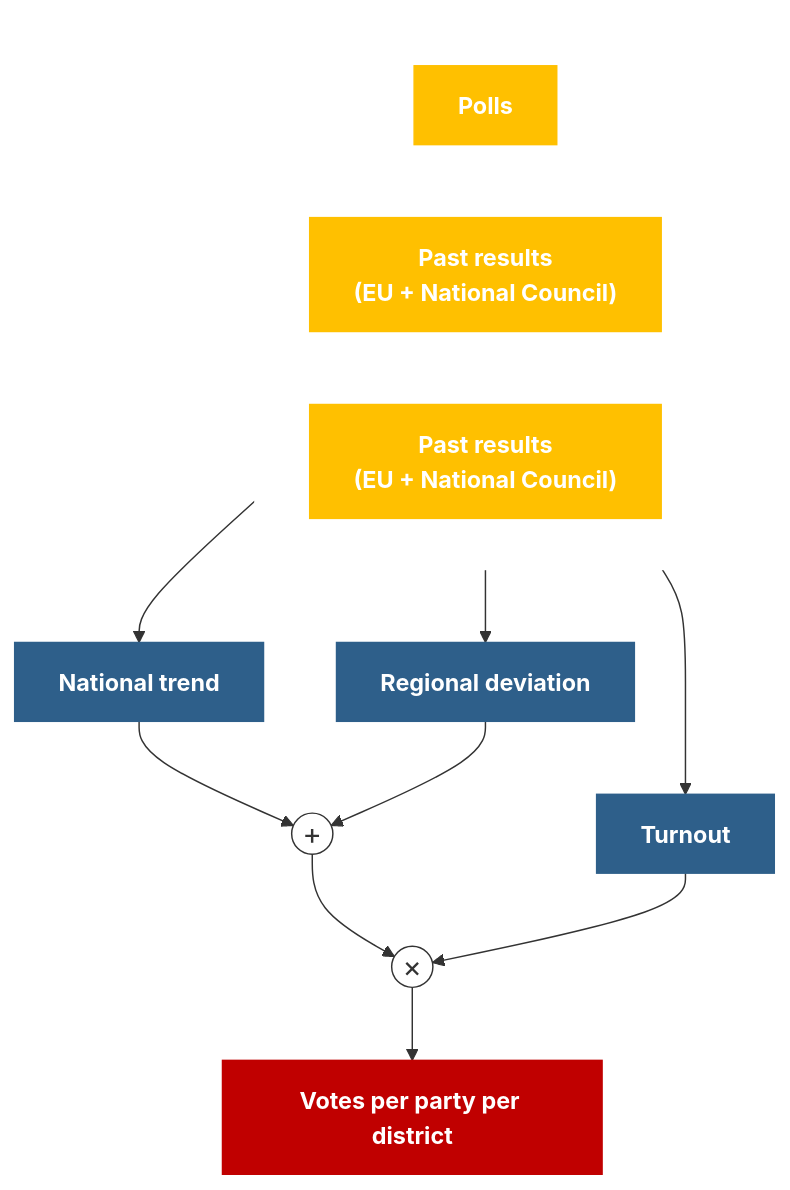
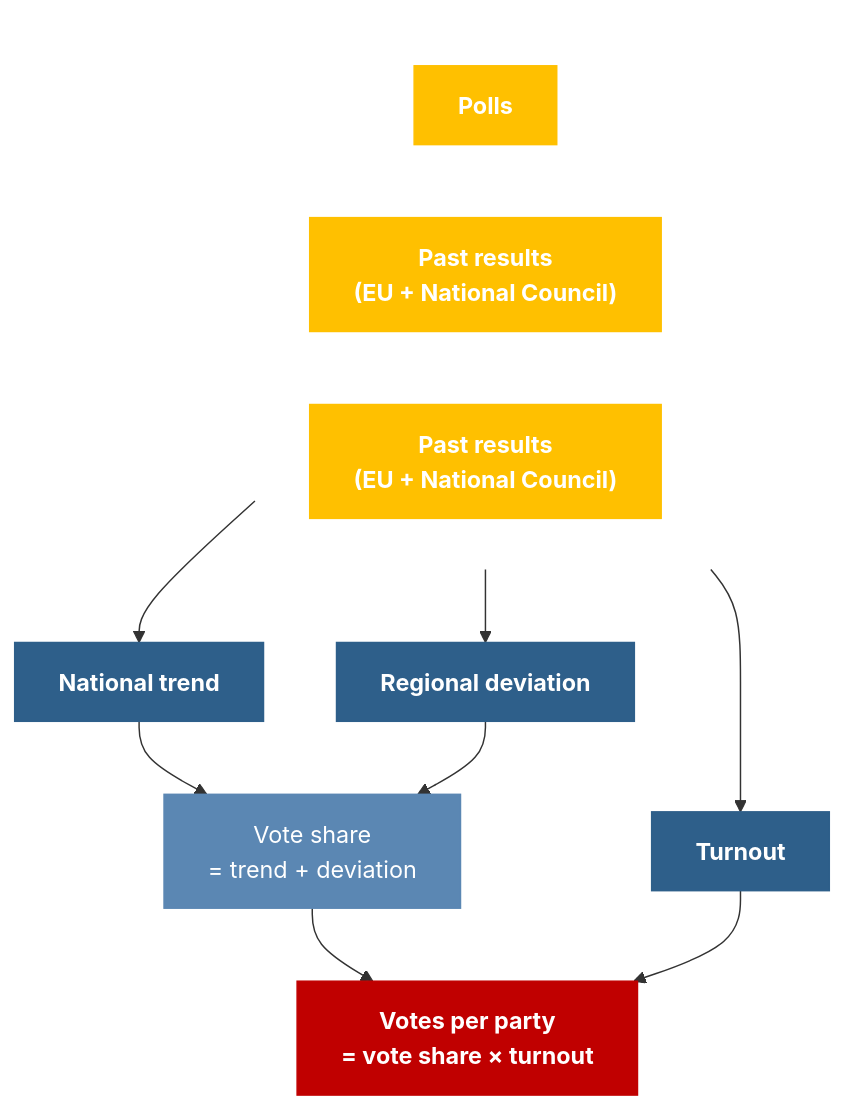
Before and after one commit to 5plusspieldauer/austria-election-forecast-2024: the diagram in MODEL.md, drawn with Mermaid. The commit also changed other lines of this file, not shown here.

Commit message:
Replace operator circles in the model diagram with labelled boxes
GitHub's Mermaid renderer drew the + and x nodes as oversized circles
and the source row as a white panel in dark mode. The arithmetic now
lives in the box labels and the source row is transparent.

````diff
--- a/MODEL.md
+++ b/MODEL.md
@@ -59,23 +59,22 @@
 ```mermaid
 flowchart TB
     subgraph sources [" "]
       direction LR
       polls["Polls"]:::src
       past1["Past results<br/>(EU + National Council)"]:::src
       past2["Past results<br/>(EU + National Council)"]:::src
     end
     polls --> trend["National trend"]:::term
     past1 --> swing["Regional deviation"]:::term
     past2 --> turnout["Turnout"]:::term
-    trend --> plus(("+")):::op
-    swing --> plus
-    plus --> times(("×")):::op
-    turnout --> times
-    times --> result["Votes per party per district"]:::res
+    trend --> share["Vote share<br/>= trend + deviation"]:::step
+    swing --> share
+    share --> result["Votes per party<br/>= vote share × turnout"]:::res
+    turnout --> result
 
     classDef src fill:#ffc000,stroke:#ffc000,color:#fff,font-weight:bold
     classDef term fill:#2e5f8a,stroke:#2e5f8a,color:#fff,font-weight:bold
-    classDef op fill:#fff,stroke:#333,color:#333,font-size:20px
+    classDef step fill:#5b87b3,stroke:#5b87b3,color:#fff
     classDef res fill:#c00000,stroke:#c00000,color:#fff,font-weight:bold
-    style sources fill:#fff,stroke:#fff
+    style sources fill:none,stroke:none
 ```
````
